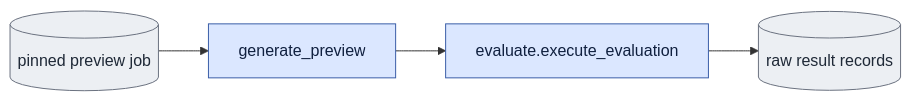
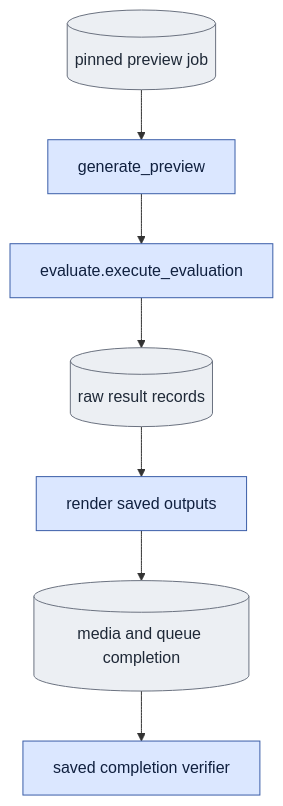
One commit to AtlantixJJ/LTX-2 changed the diagram in scripts/onestep_avatar/doc/previews.md. Above: the diagram before and after it, drawn with Mermaid. The commit also changed other lines of this file and 75 other files, not shown here.

````diff
--- a/scripts/onestep_avatar/doc/previews.md
+++ b/scripts/onestep_avatar/doc/previews.md
@@ -11,9 +11,11 @@
 ```mermaid
-flowchart LR
+flowchart TB
   J[("pinned preview job")] --> P["generate_preview"]
   P --> E["evaluate.execute_evaluation"] --> O[("raw result records")]
+  O --> R["render saved outputs"] --> M[("media and queue completion")]
+  M --> V["saved completion verifier"]
   classDef proc fill:#dbe7ff,stroke:#3b5ea8,color:#10203f;
   classDef disk fill:#eceff3,stroke:#6b7280,color:#1f2937;
-  class P,E proc;
-  class J,O disk;
+  class P,E,R,V proc;
+  class J,O,M disk;
 ```
````
